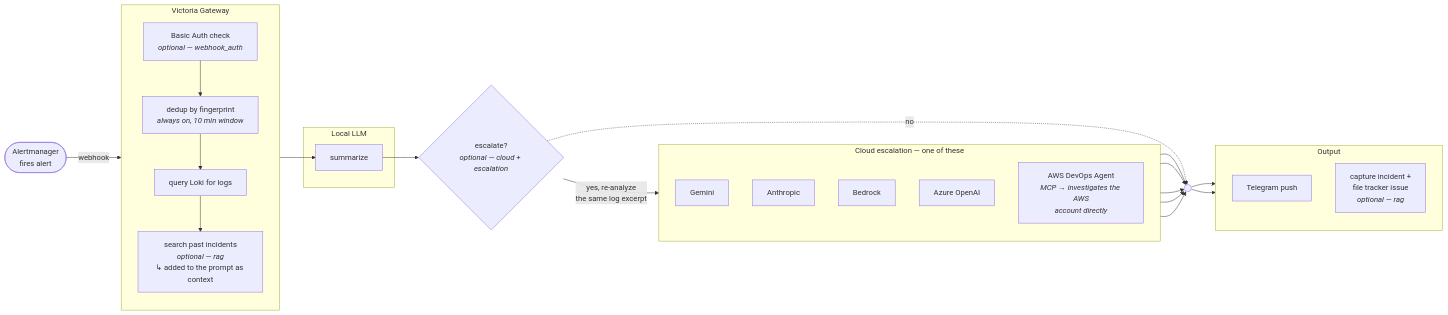
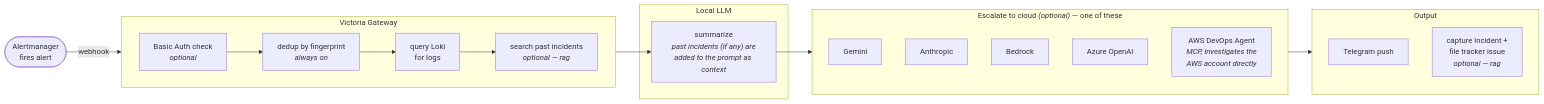
The diagram in README.md (GordonWei/victoria-gateway), drawn with Mermaid before and after one commit.

Commit message:
docs: simplify the swimlane diagram — connect subgraphs directly instead of a decision node + merge point

````diff
--- a/README.md
+++ b/README.md
@@ -32,42 +32,33 @@
 ```mermaid
 flowchart LR
     AM(["Alertmanager<br/>fires alert"]) -->|webhook| B1
 
     subgraph VG["Victoria Gateway"]
-        direction TB
-        B1["Basic Auth check<br/><i>optional — webhook_auth</i>"]
-        B2["dedup by fingerprint<br/><i>always on, 10 min window</i>"]
-        B3["query Loki for logs"]
-        B4["search past incidents<br/><i>optional — rag</i><br/>↳ added to the prompt as context"]
-        B1 --> B2 --> B3 --> B4
+        direction LR
+        B1["Basic Auth check<br/><i>optional</i>"] --> B2["dedup by fingerprint<br/><i>always on</i>"] --> B3["query Loki<br/>for logs"] --> B4["search past incidents<br/><i>optional — rag</i>"]
     end
 
     subgraph LLM["Local LLM"]
-        C1["summarize"]
+        C1["summarize<br/><i>past incidents (if any) are<br/>added to the prompt as context</i>"]
     end
 
     B4 --> C1
-    C1 --> ESC{"escalate?<br/><i>optional — cloud + escalation</i>"}
+    C1 --> CLOUD
 
-    subgraph CLOUD["Cloud escalation — one of these"]
+    subgraph CLOUD["Escalate to cloud <i>(optional)</i> — one of these"]
         direction TB
         D1["Gemini"]
         D2["Anthropic"]
         D3["Bedrock"]
         D4["Azure OpenAI"]
-        D5["AWS DevOps Agent<br/><i>MCP → investigates the AWS<br/>account directly</i>"]
+        D5["AWS DevOps Agent<br/><i>MCP, investigates the<br/>AWS account directly</i>"]
     end
 
-    ESC -->|yes, re-analyze<br/>the same log excerpt| D1
-    ESC -.->|no| MERGE((" "))
-    D1 & D2 & D3 & D4 & D5 --> MERGE
+    CLOUD --> OUT
 
     subgraph OUT["Output"]
         direction TB
         E1["Telegram push"]
         E2["capture incident +<br/>file tracker issue<br/><i>optional — rag</i>"]
     end
-
-    MERGE --> E1
-    MERGE --> E2
 ```
````
